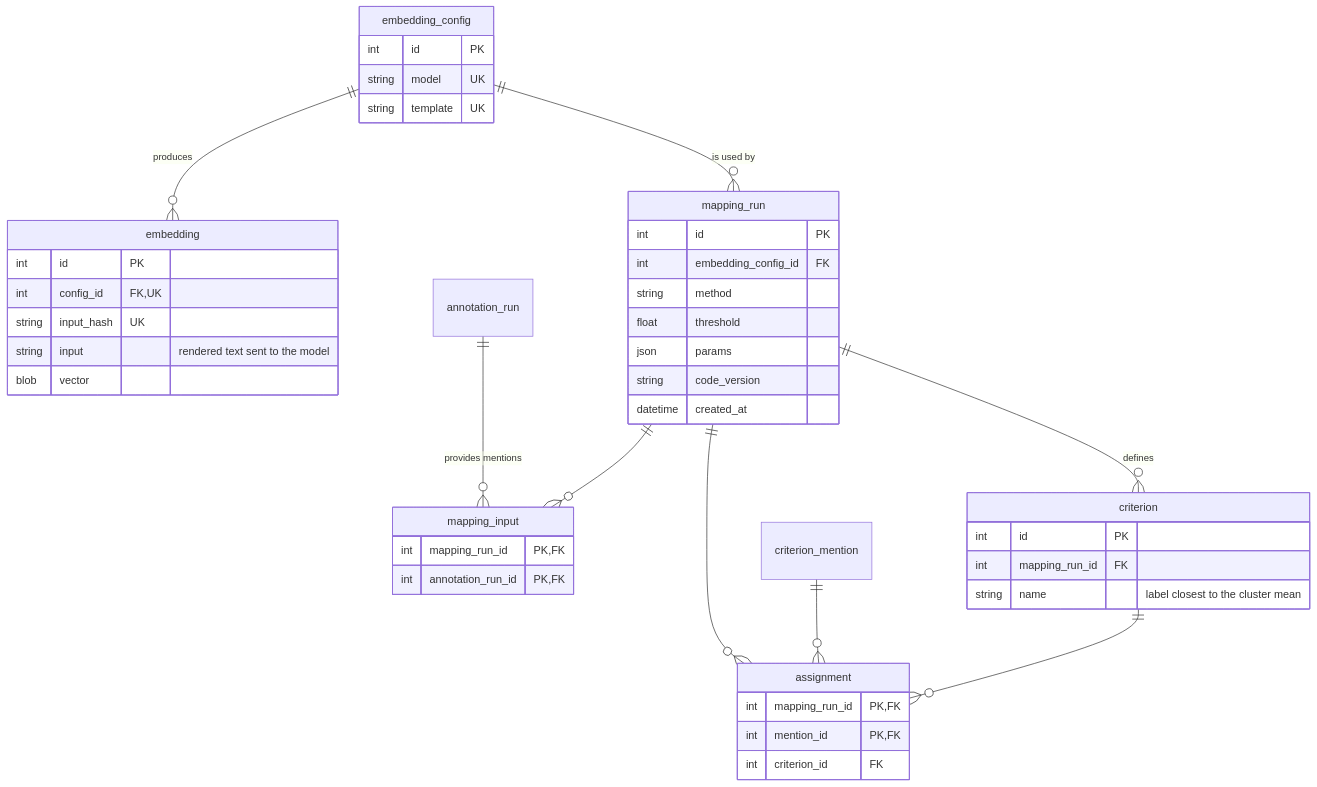
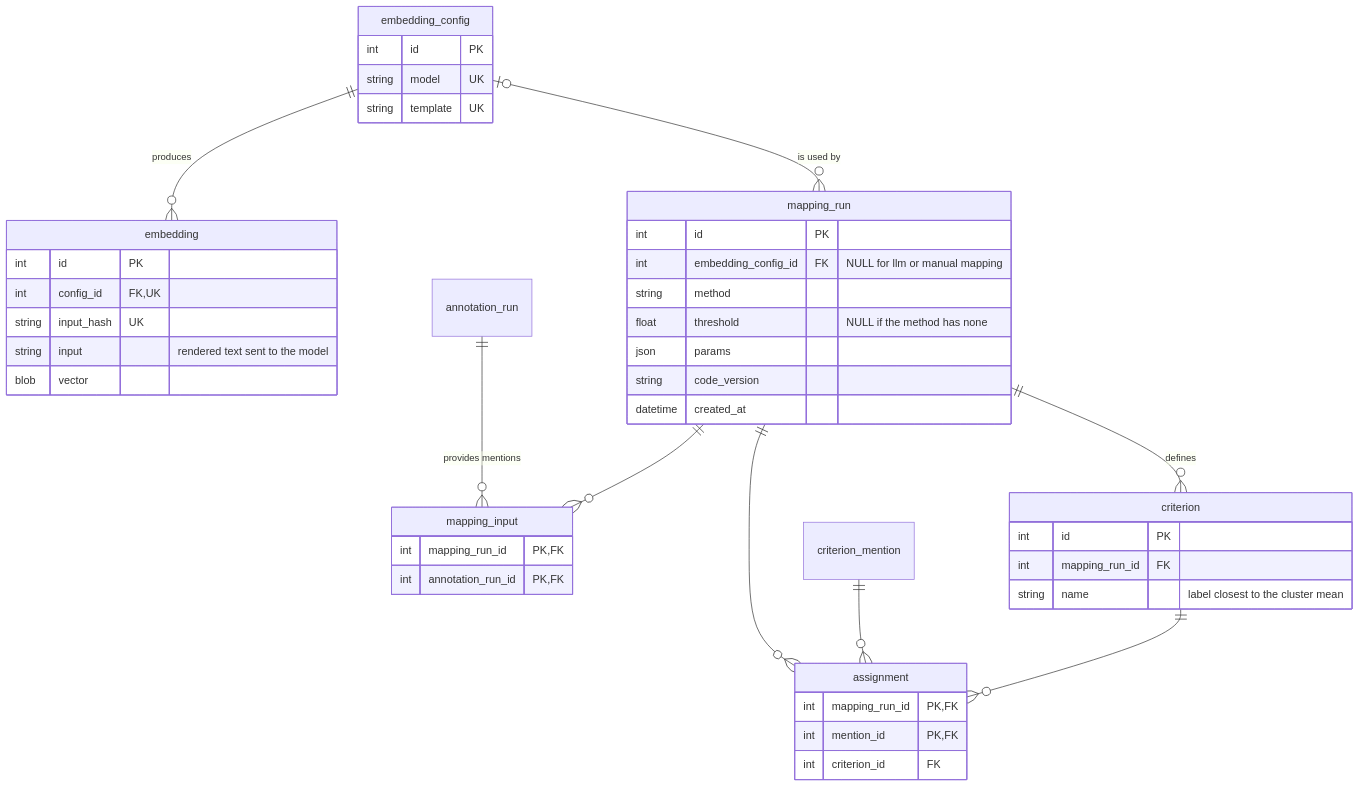
The third of 3 diagrams in docs/data-model.md (idt-fhac/radar-pipeline), drawn with Mermaid before and after one commit. The commit also changed other lines of this file, not shown here.

````diff
--- a/docs/data-model.md
+++ b/docs/data-model.md
@@ -133,35 +133,35 @@
 ```mermaid
 erDiagram
     embedding_config ||--o{ embedding : produces
-    embedding_config ||--o{ mapping_run : "is used by"
+    embedding_config |o--o{ mapping_run : "is used by"
     mapping_run ||--o{ mapping_input : ""
     annotation_run ||--o{ mapping_input : "provides mentions"
     mapping_run ||--o{ criterion : defines
     criterion ||--o{ assignment : ""
     criterion_mention ||--o{ assignment : ""
     mapping_run ||--o{ assignment : ""
 
     embedding_config { int id PK
                        string model UK
                        string template UK }
     embedding { int id PK
                 int config_id FK, UK
                 string input_hash UK
                 string input "rendered text sent to the model"
                 blob vector }
     mapping_run { int id PK
-                  int embedding_config_id FK
+                  int embedding_config_id FK "NULL for llm or manual mapping"
                   string method
-                  float threshold
+                  float threshold "NULL if the method has none"
                   json params
                   string code_version
                   datetime created_at }
     mapping_input { int mapping_run_id PK, FK
                     int annotation_run_id PK, FK }
     criterion { int id PK
                 int mapping_run_id FK
                 string name "label closest to the cluster mean" }
     assignment { int mapping_run_id PK, FK
                  int mention_id PK, FK
                  int criterion_id FK }
 ```
````
